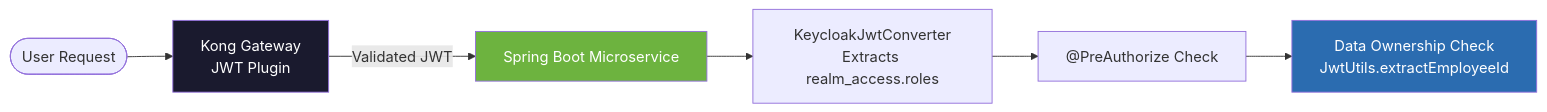
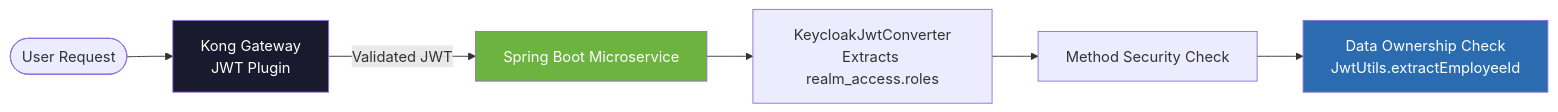
The sixth of 7 diagrams in README.md (sergio11/training_platform_poc_spring_microservices), drawn with Mermaid before and after one commit.

Commit message:
docs: remove the @ symbol from the Mermaid node label

````diff
--- a/README.md
+++ b/README.md
@@ -376,12 +376,12 @@
 ```mermaid
 flowchart LR
     User(["User Request"]) --> Kong["Kong Gateway<br/>JWT Plugin"]
     Kong -->|"Validated JWT"| Svc["Spring Boot Microservice"]
     Svc --> Filter["KeycloakJwtConverter<br/>Extracts realm_access.roles"]
-    Filter --> AuthZ["@PreAuthorize Check"]
+    Filter --> AuthZ["Method Security Check"]
     AuthZ --> DataCheck["Data Ownership Check<br/>JwtUtils.extractEmployeeId"]
 
     style Kong fill:#1a1a2e,color:#fff
     style Svc fill:#6DB33F,color:#fff
     style DataCheck fill:#2b6cb0,color:#fff
 ```
````
